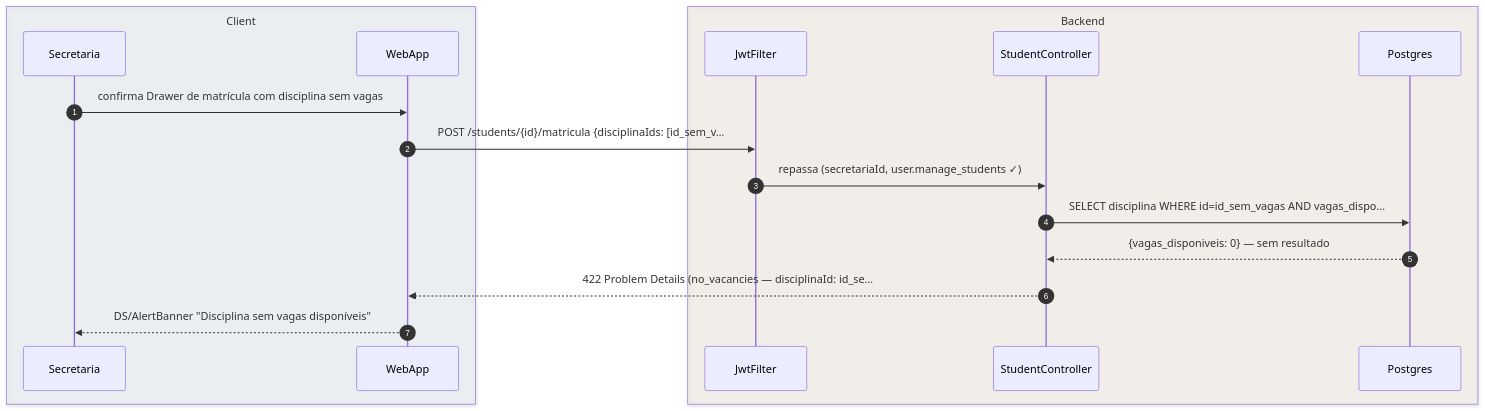
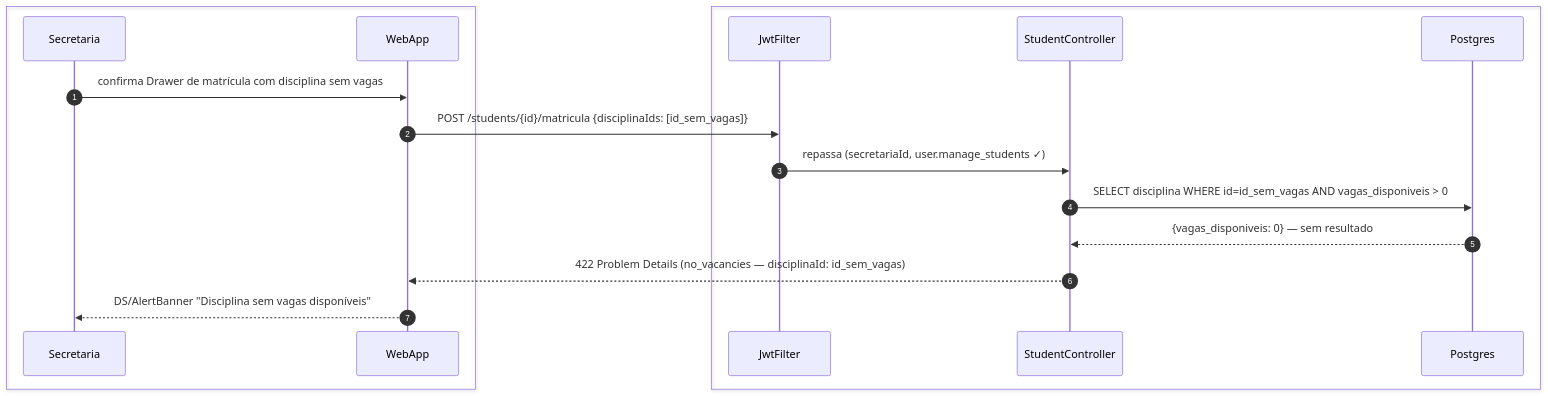
The seventh of 8 diagrams in foundationDocs/sequenceDiagrams/F5 — Secretaria/US-F5-003-GESTAO-ALUNOS.md (umishell/secretariaOnline2), drawn with Mermaid before and after one commit. The commit also changed other lines of this file and 70 other files, not shown here.

First line of the commit message:
Enhance database documentation and introduce new schema files

````diff
--- a/foundationDocs/sequenceDiagrams/F5 — Secretaria/US-F5-003-GESTAO-ALUNOS.md
+++ b/foundationDocs/sequenceDiagrams/F5 — Secretaria/US-F5-003-GESTAO-ALUNOS.md
@@ -295,21 +295,21 @@
 ```mermaid
 sequenceDiagram
     autonumber
-    box rgba(230,245,255,0.3) Client
+    box #e8f4fc Cliente
         participant Secretaria
         participant WebApp
     end
-    box rgba(255,245,230,0.3) Backend
+    box #fff8ee Servidor
         participant JwtFilter
         participant StudentController
         participant Postgres
     end
 
     Secretaria->>WebApp: confirma Drawer de matrícula com disciplina sem vagas
-    WebApp->>JwtFilter: POST /students/{id}/matricula {disciplinaIds: [id_sem_v…
+    WebApp->>JwtFilter: POST /students/{id}/matricula {disciplinaIds: [id_sem_vagas]}
     JwtFilter->>StudentController: repassa (secretariaId, user.manage_students ✓)
-    StudentController->>Postgres: SELECT disciplina WHERE id=id_sem_vagas AND vagas_dispo…
+    StudentController->>Postgres: SELECT disciplina WHERE id=id_sem_vagas AND vagas_disponiveis > 0
     Postgres-->>StudentController: {vagas_disponiveis: 0} — sem resultado
-    StudentController-->>WebApp: 422 Problem Details (no_vacancies — disciplinaId: id_se…
+    StudentController-->>WebApp: 422 Problem Details (no_vacancies — disciplinaId: id_sem_vagas)
     WebApp-->>Secretaria: DS/AlertBanner "Disciplina sem vagas disponíveis"
 ```
````
